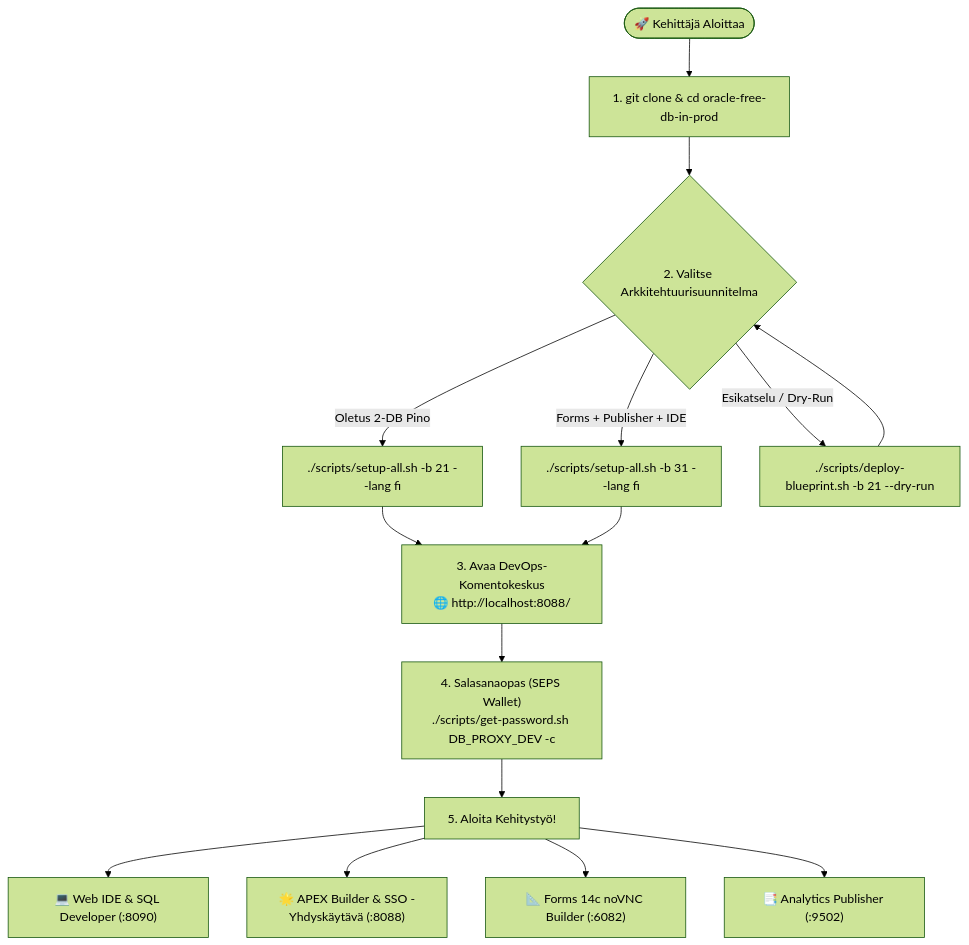
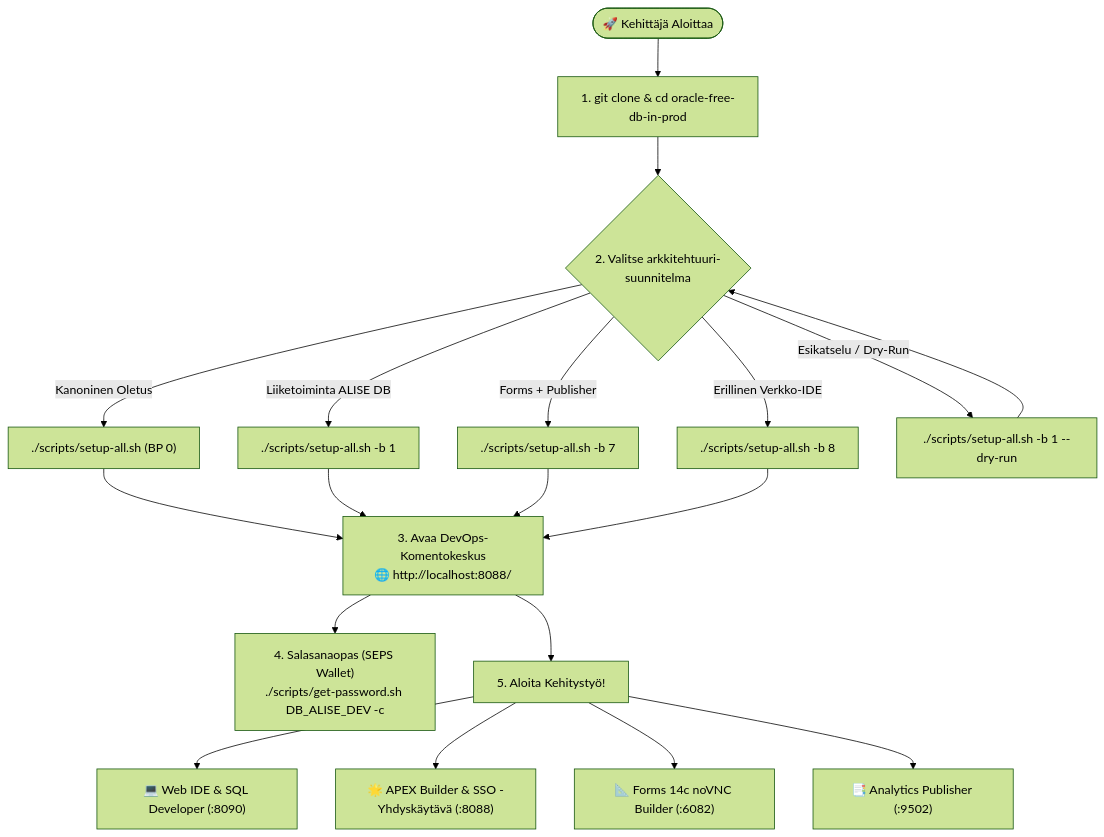
Before and after one commit to alahe/oracle-devops-platform: the first of 2 diagrams in docs/fi/README.md, drawn with Mermaid (forest theme). The commit also changed other lines of this file and 412 other files, not shown here.

Commit message:
feat: publisher suite, devhub search & 6-lang i18n categories, ai skills, and accessibility compliance

````diff
--- a/docs/fi/README.md
+++ b/docs/fi/README.md
@@ -35,21 +35,25 @@
 ```mermaid
 flowchart TD
     Start(["🚀 Kehittäjä Aloittaa"]) --> Clone["1. git clone & cd oracle-free-db-in-prod"]
-    Clone --> ChooseBP{"2. Valitse Arkkitehtuurisuunnitelma"}
+    Clone --> ChooseBP{"2. Valitse arkkitehtuuri-<br/>suunnitelma"}
     
-    ChooseBP -->|Oletus 2-DB Pino| BP21["./scripts/setup-all.sh -b 21 --lang fi"]
-    ChooseBP -->|Forms + Publisher + IDE| BP31["./scripts/setup-all.sh -b 31 --lang fi"]
-    ChooseBP -->|Esikatselu / Dry-Run| BPDry["./scripts/deploy-blueprint.sh -b 21 --dry-run"]
+    ChooseBP -->|Kanoninen Oletus| BP0["./scripts/setup-all.sh (BP 0)"]
+    ChooseBP -->|Liiketoiminta ALISE DB| BP1["./scripts/setup-all.sh -b 1"]
+    ChooseBP -->|Forms + Publisher| BP7["./scripts/setup-all.sh -b 7"]
+    ChooseBP -->|Erillinen Verkko-IDE| BP8["./scripts/setup-all.sh -b 8"]
+    ChooseBP -->|Esikatselu / Dry-Run| BPDry["./scripts/setup-all.sh -b 1 --dry-run"]
     
-    BP21 --> DevHub["3. Avaa DevOps-Komentokeskus<br/>🌐 http://localhost:8088/"]
-    BP31 --> DevHub
+    BP0 --> DevHub["3. Avaa DevOps-Komentokeskus<br/>🌐 http://localhost:8088/"]
+    BP1 --> DevHub
+    BP7 --> DevHub
+    BP8 --> DevHub
     BPDry --> ChooseBP
     
-    DevHub --> PwdSpikker["4. Salasanaopas (SEPS Wallet)<br/>./scripts/get-password.sh DB_PROXY_DEV -c"]
+    DevHub --> PwdSpikker["4. Salasanaopas (SEPS Wallet)<br/>./scripts/get-password.sh DB_ALISE_DEV -c"]
     
-    PwdSpikker --> DevWork["5. Aloita Kehitystyö!"]
+    DevHub --> DevWork["5. Aloita Kehitystyö!"]
     DevWork --> WorkIDE["💻 Web IDE & SQL Developer (:8090)"]
     DevWork --> WorkAPEX["🌟 APEX Builder & SSO -Yhdyskäytävä (:8088)"]
     DevWork --> WorkForms["📐 Forms 14c noVNC Builder (:6082)"]
     DevWork --> WorkPub["📑 Analytics Publisher (:9502)"]
 ```
````
